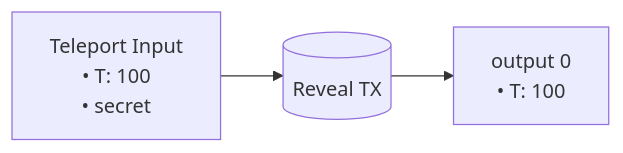
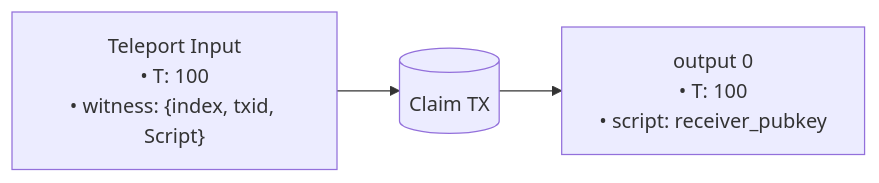
Before and after one commit to ArkLabsHQ/arkade-assets: the tenth of 13 diagrams in Arkade-Assets-Documentation.md, drawn with Mermaid. The commit also changed other lines of this file and 2 other files, not shown here.

First line of the commit message:
Refactor Teleport Mechanism: Replace Commitment with Intent-Based Validation (#8)

````diff
--- a/Arkade-Assets-Documentation.md
+++ b/Arkade-Assets-Documentation.md
@@ -1258,7 +1260,7 @@
 ```mermaid
 flowchart LR
-  RevealTX[(Reveal TX)]
-  i_teleport["Teleport Input<br/>• T: 100<br/>• secret"] --> RevealTX
-  RevealTX --> o0["output 0<br/>• T: 100"]
+  ClaimTX[(Claim TX)]
+  i_teleport["Teleport Input<br/>• T: 100<br/>• witness: {index, txid, Script}"] --> ClaimTX
+  ClaimTX --> o0["output 0<br/>• T: 100<br/>• script: receiver_pubkey"]
 
 ```
````
